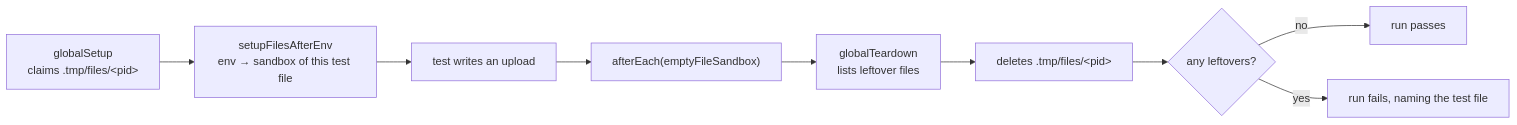
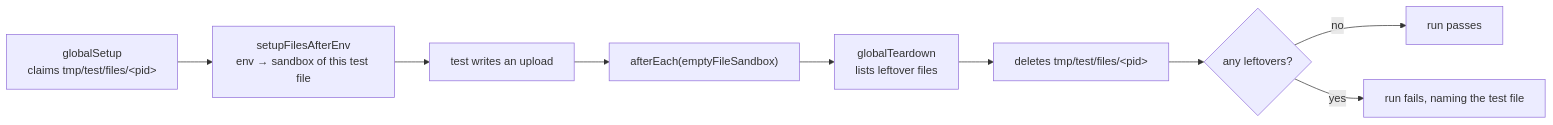
The third of 3 diagrams in docs/reference/tests.md (Guebbit/boilerplate-node-backend), drawn with Mermaid before and after one commit. The commit also changed other lines of this file and 131 other files, not shown here.

````diff
--- a/docs/reference/tests.md
+++ b/docs/reference/tests.md
@@ -359,11 +359,11 @@
 ```mermaid
 flowchart LR
-    A["globalSetup<br/>claims .tmp/files/&lt;pid&gt;"] --> B["setupFilesAfterEnv<br/>env → sandbox of this test file"]
+    A["globalSetup<br/>claims tmp/test/files/&lt;pid&gt;"] --> B["setupFilesAfterEnv<br/>env → sandbox of this test file"]
     B --> C["test writes an upload"]
     C --> D["afterEach(emptyFileSandbox)"]
     D --> E["globalTeardown<br/>lists leftover files"]
-    E --> F["deletes .tmp/files/&lt;pid&gt;"]
+    E --> F["deletes tmp/test/files/&lt;pid&gt;"]
     F --> G{"any leftovers?"}
     G -- no --> H["run passes"]
     G -- yes --> I["run fails, naming the test file"]
 ```
````
